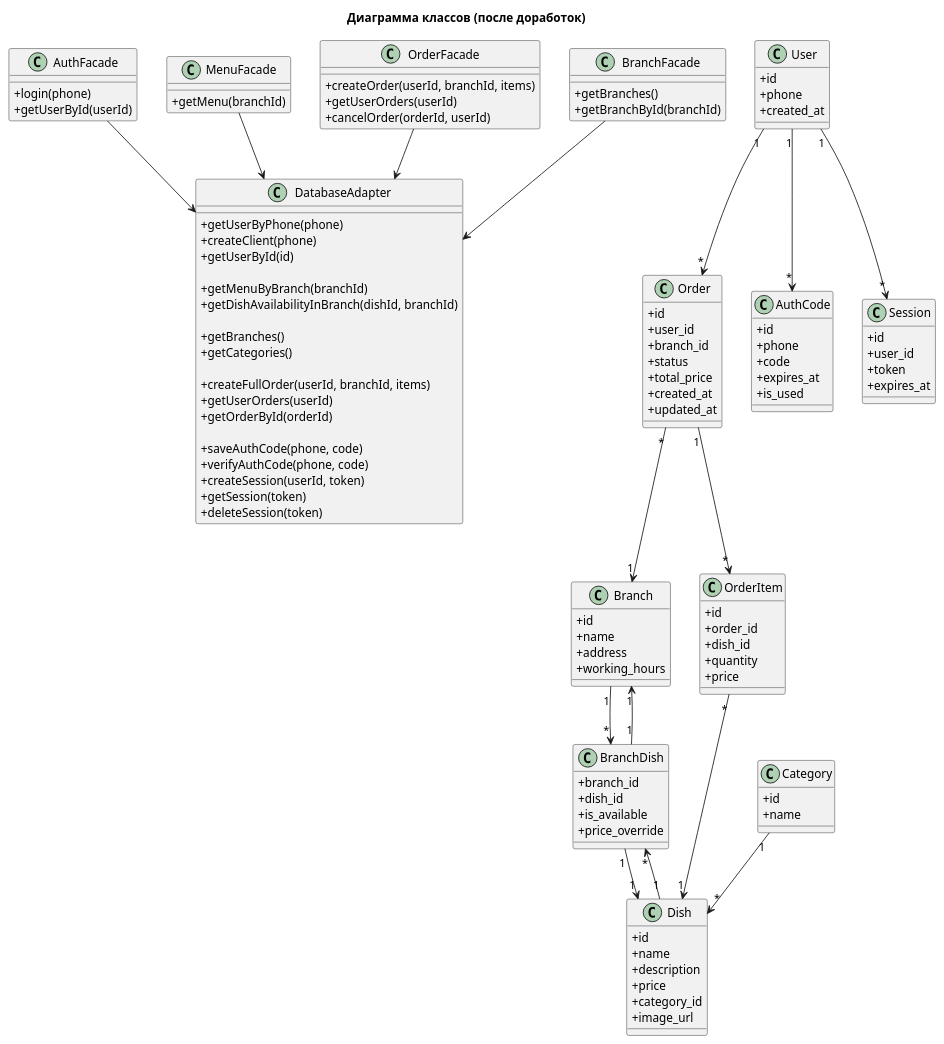
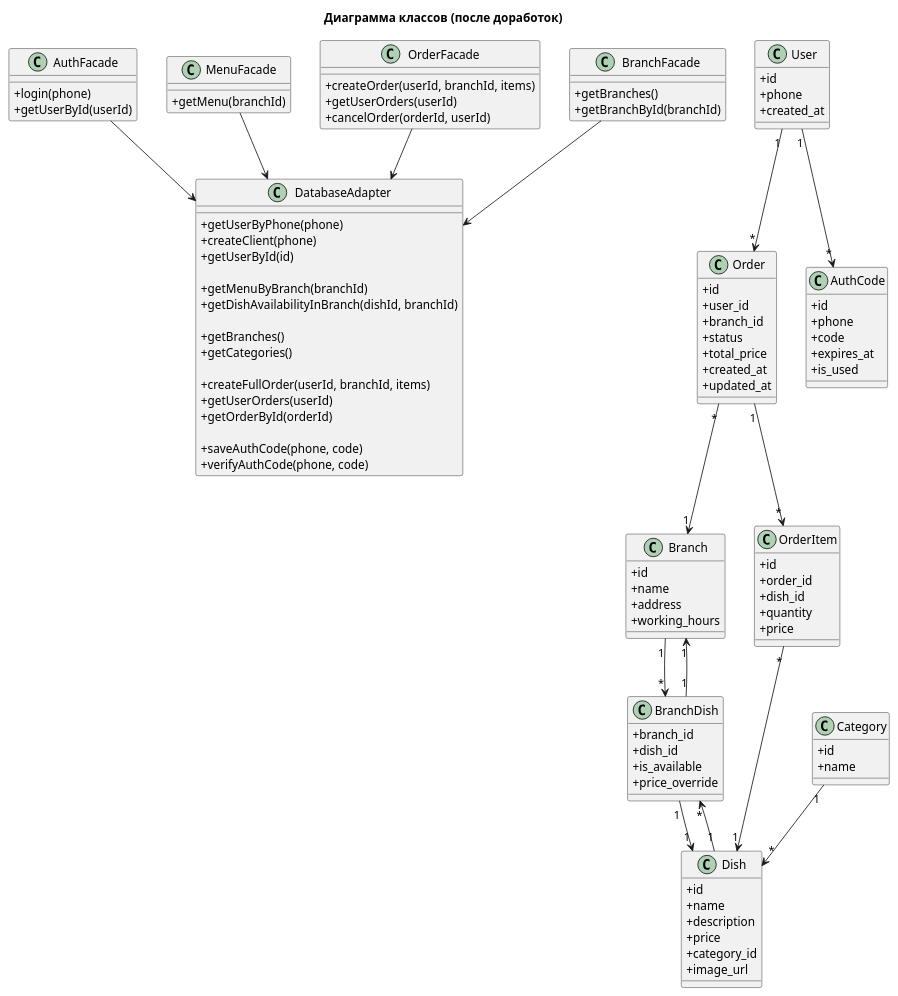
One commit to ROFUVEL/MunchCrunch changed the diagram in docs/new-class-diagramm.puml. Above: the diagram before and after it, drawn with PlantUML. The commit also changed 11 other files, not shown here.

```diff
--- a/docs/new-class-diagramm.puml
+++ b/docs/new-class-diagramm.puml
@@ -1,153 +1,142 @@
 @startuml
 skinparam classAttributeIconSize 0
 skinparam backgroundColor #FFFFFF
 title Диаграмма классов (после доработок)
 
 ' =========================
 ' ADAPTER LAYER
 ' =========================
 class DatabaseAdapter {
   +getUserByPhone(phone)
   +createClient(phone)
   +getUserById(id)
 
   +getMenuByBranch(branchId)
   +getDishAvailabilityInBranch(dishId, branchId)
 
   +getBranches()
   +getCategories()
 
   +createFullOrder(userId, branchId, items)
   +getUserOrders(userId)
   +getOrderById(orderId)
 
   +saveAuthCode(phone, code)
   +verifyAuthCode(phone, code)
-  +createSession(userId, token)
-  +getSession(token)
-  +deleteSession(token)
 }
 
 ' =========================
 ' FACADE LAYER
 ' =========================
 class AuthFacade {
   +login(phone)
   +getUserById(userId)
 }
 
 class MenuFacade {
   +getMenu(branchId)
 }
 
 class OrderFacade {
   +createOrder(userId, branchId, items)
   +getUserOrders(userId)
   +cancelOrder(orderId, userId)
 }
 
 
 class BranchFacade {
   +getBranches()
   +getBranchById(branchId)
 }
 
 
 ' =========================
 ' RELATIONS (Facade -> Adapter)
 ' =========================
 AuthFacade --> DatabaseAdapter
 MenuFacade --> DatabaseAdapter
 OrderFacade --> DatabaseAdapter
 BranchFacade --> DatabaseAdapter
 
 ' =========================
 ' DOMAIN ENTITIES (DB TABLES)
 ' =========================
 class User {
   +id
   +phone
   +created_at
 }
 
 class Branch {
   +id
   +name
   +address
   +working_hours
 }
 
 class Dish {
   +id
   +name
   +description
   +price
   +category_id
   +image_url
 }
 
 class Category {
   +id
   +name
 }
 
 class BranchDish {
   +branch_id
   +dish_id
   +is_available
   +price_override
 }
 
 class Order {
   +id
   +user_id
   +branch_id
   +status
   +total_price
   +created_at
   +updated_at
 }
 
 class OrderItem {
   +id
   +order_id
   +dish_id
   +quantity
   +price
 }
 
 class AuthCode {
   +id
   +phone
   +code
   +expires_at
   +is_used
 }
 
-class Session {
-  +id
-  +user_id
-  +token
-  +expires_at
-}
-
 ' =========================
 ' RELATIONS (DB)
 ' =========================
 User "1" --> "*" Order
 Order "1" --> "*" OrderItem
 OrderItem "*" --> "1" Dish
 Order "*" --> "1" Branch
 
 Branch "1" --> "*" BranchDish
 Dish "1" --> "*" BranchDish
 BranchDish "1" --> "1" Dish
 BranchDish "1" --> "1" Branch
 
 Category "1" --> "*" Dish
 
-User "1" --> "*" Session
 User "1" --> "*" AuthCode
 
 
 @enduml
```
